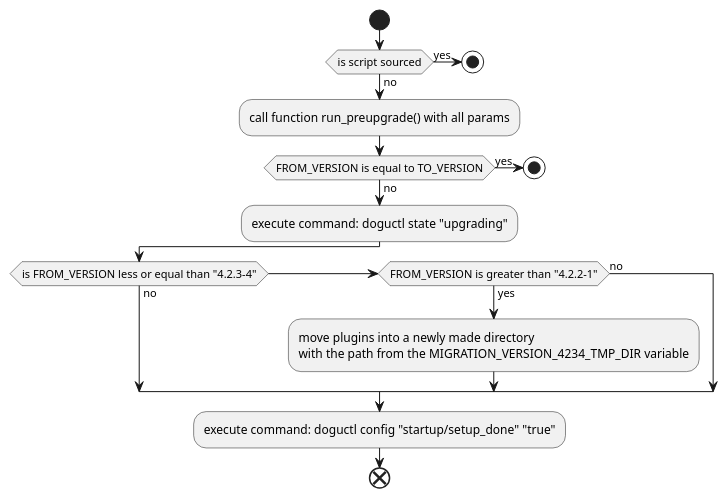
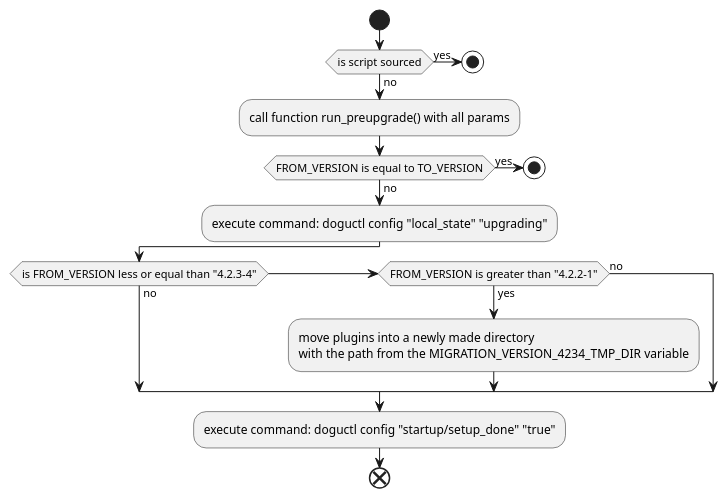
Before and after one commit to cloudogu/redmine: the diagram in docs/development/figures/pre_upgrade_workflow.puml, drawn with PlantUML. The commit also changed 6 other files, not shown here.

First line of the commit message:
#128 Use local config for persistent state

```diff
--- a/docs/development/figures/pre_upgrade_workflow.puml
+++ b/docs/development/figures/pre_upgrade_workflow.puml
@@ -1,26 +1,26 @@
 @startuml
 start
 
 if (is script sourced) then (yes)
     stop
 else (no)
     :call function run_preupgrade() with all params;
 endif
 
 if (FROM_VERSION is equal to TO_VERSION) then (yes)
     stop
 else (no)
-    :execute command: doguctl state "upgrading";
+    :execute command: doguctl config "local_state" "upgrading";
 endif
 
 if (is FROM_VERSION less or equal than "4.2.3-4") then (no)
     elseif (FROM_VERSION is greater than "4.2.2-1") then (yes)
     :move plugins into a newly made directory
     with the path from the MIGRATION_VERSION_4234_TMP_DIR variable;
    else (no)
 endif
 
 :execute command: doguctl config "startup/setup_done" "true";
 end
 
 @enduml
```
